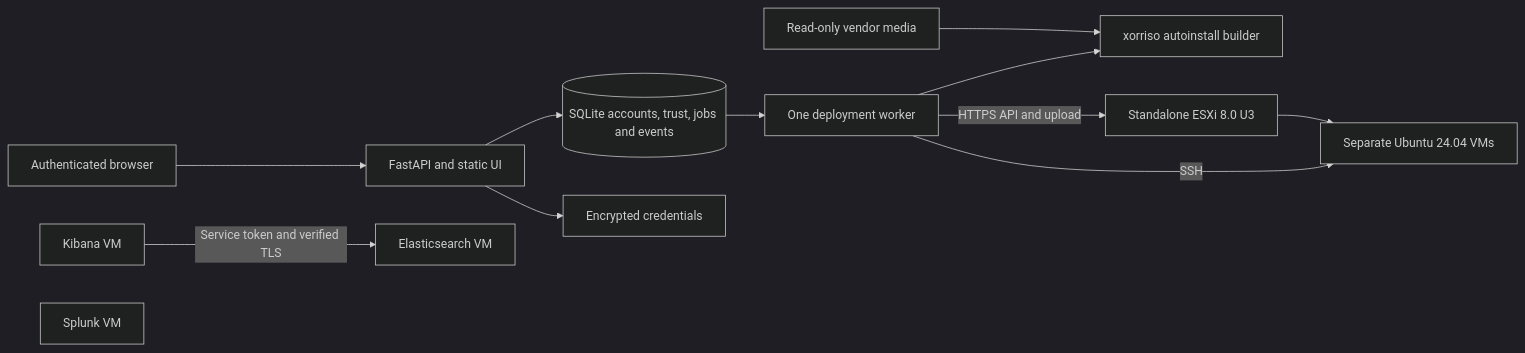
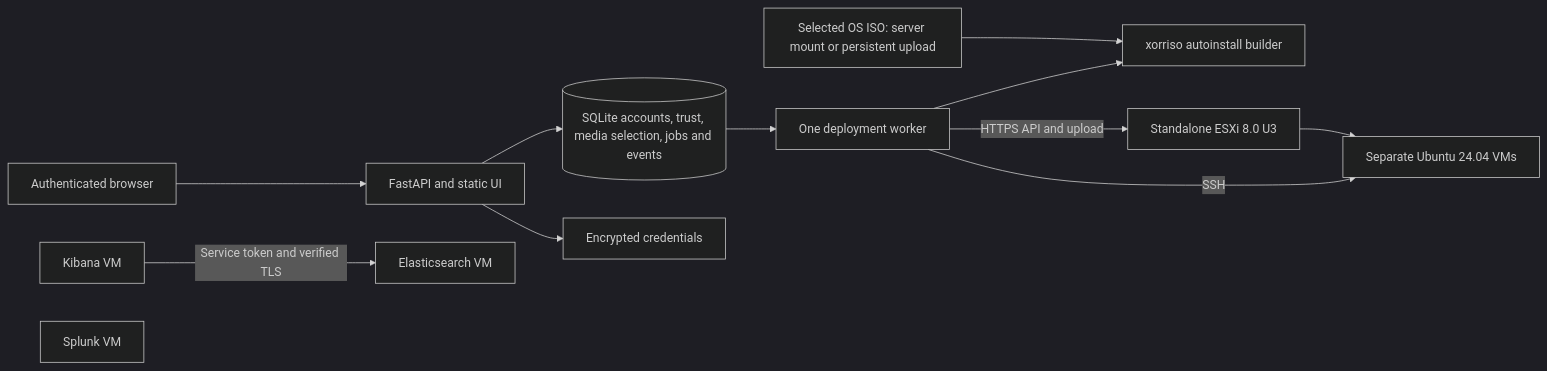
Before and after one commit to DasFunfZigste/GDeploy: the diagram in docs/ARCHITECTURE.md, drawn with Mermaid (dark theme). The commit also changed other lines of this file and 23 other files, not shown here.

Commit message:
Add Setup onboarding and persistent OS ISO selection

````diff
--- a/docs/ARCHITECTURE.md
+++ b/docs/ARCHITECTURE.md
@@ -3,14 +3,14 @@
 ```mermaid
 flowchart LR
   Browser[Authenticated browser] --> API[FastAPI and static UI]
-  API --> DB[(SQLite accounts, trust, jobs and events)]
+  API --> DB[(SQLite accounts, trust, media selection, jobs and events)]
   API --> Vault[Encrypted credentials]
   DB --> Worker[One deployment worker]
-  Media[Read-only vendor media] --> Builder[xorriso autoinstall builder]
+  Media[Selected OS ISO: server mount or persistent upload] --> Builder[xorriso autoinstall builder]
   Worker --> Builder
   Worker -->|HTTPS API and upload| ESXi[Standalone ESXi 8.0 U3]
   ESXi --> Ubuntu[Separate Ubuntu 24.04 VMs]
   Worker -->|SSH| Ubuntu
   Kibana[Kibana VM] -->|Service token and verified TLS| Elastic[Elasticsearch VM]
   Splunk[Splunk VM]
 ```
````
